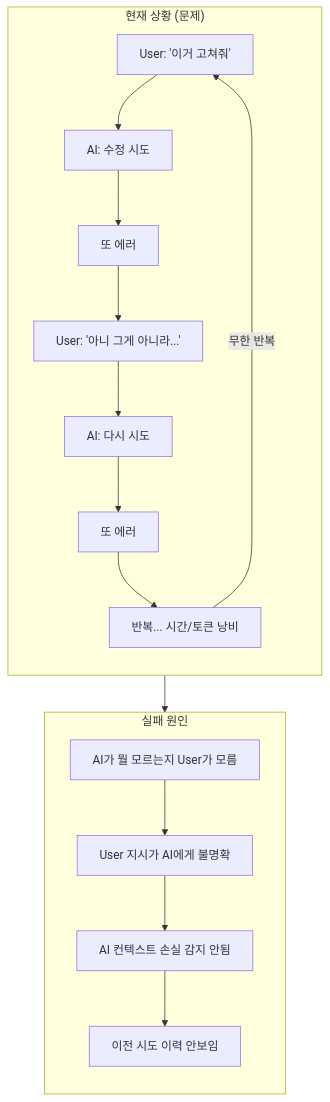
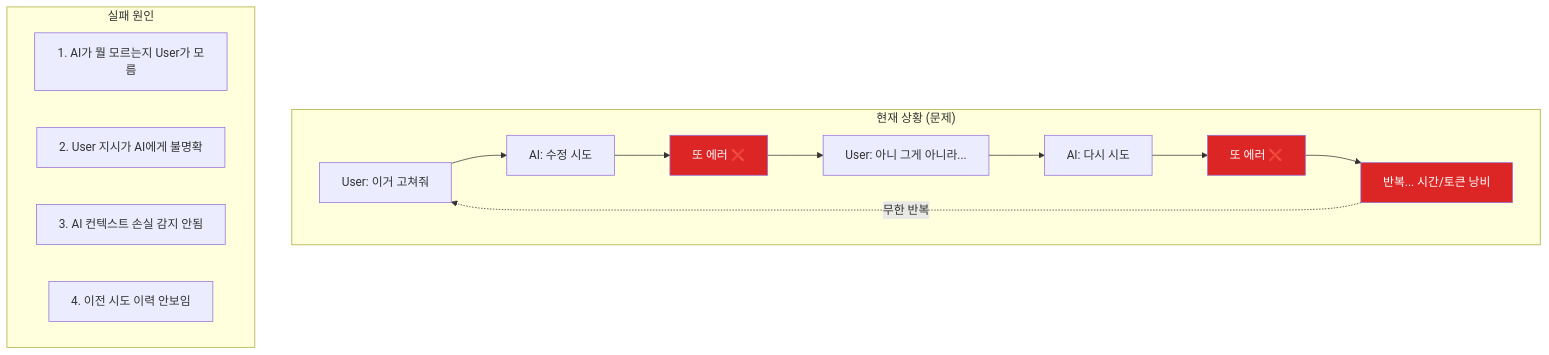
The second of 19 diagrams in tasks/prds/0005-prd-devflow-ai-collaboration.md (garimto81/project_master), drawn with Mermaid before and after one commit. The commit also changed other lines of this file and 26 other files, not shown here.

````diff
--- a/tasks/prds/0005-prd-devflow-ai-collaboration.md
+++ b/tasks/prds/0005-prd-devflow-ai-collaboration.md
@@ -160,33 +106,23 @@
 ```mermaid
 flowchart TB
-    subgraph CURRENT["현재 상황 (문제)"]
-        direction TB
-        C1["User: '이거 고쳐줘'"]
-        C2["AI: 수정 시도"]
-        C3["또 에러"]
-        C4["User: '아니 그게 아니라...'"]
-        C5["AI: 다시 시도"]
-        C6["또 에러"]
-        C7["반복... 시간/토큰 낭비"]
-        C1 --> C2
-        C2 --> C3
-        C3 --> C4
-        C4 --> C5
-        C5 --> C6
-        C6 --> C7
-        C7 -->|"무한 반복"| C1
+    subgraph Problem["현재 상황 (문제)"]
+        U1["User: 이거 고쳐줘"] --> A1["AI: 수정 시도"]
+        A1 --> E1["또 에러 ❌"]
+        E1 --> U2["User: 아니 그게 아니라..."]
+        U2 --> A2["AI: 다시 시도"]
+        A2 --> E2["또 에러 ❌"]
+        E2 --> Loop["반복... 시간/토큰 낭비"]
+        Loop -.->|무한 반복| U1
     end
 
-    CURRENT --> CAUSE
+    subgraph Causes["실패 원인"]
+        C1["1. AI가 뭘 모르는지 User가 모름"]
+        C2["2. User 지시가 AI에게 불명확"]
+        C3["3. AI 컨텍스트 손실 감지 안됨"]
+        C4["4. 이전 시도 이력 안보임"]
+    end
 
-    subgraph CAUSE["실패 원인"]
-        direction TB
-        CA1["AI가 뭘 모르는지 User가 모름"]
-        CA2["User 지시가 AI에게 불명확"]
-        CA3["AI 컨텍스트 손실 감지 안됨"]
-        CA4["이전 시도 이력 안보임"]
-        CA1 --> CA2
-        CA2 --> CA3
-        CA3 --> CA4
-    end
+    style E1 fill:#dc2626,color:#fff
+    style E2 fill:#dc2626,color:#fff
+    style Loop fill:#dc2626,color:#fff
 ```
````
